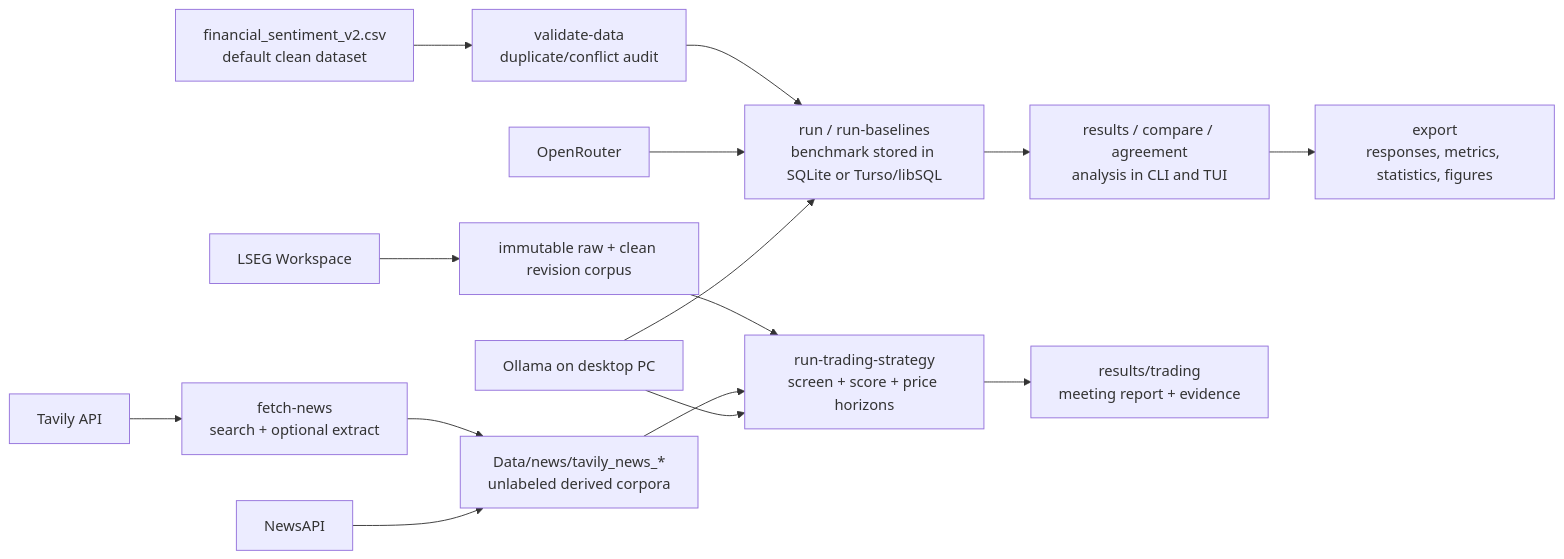
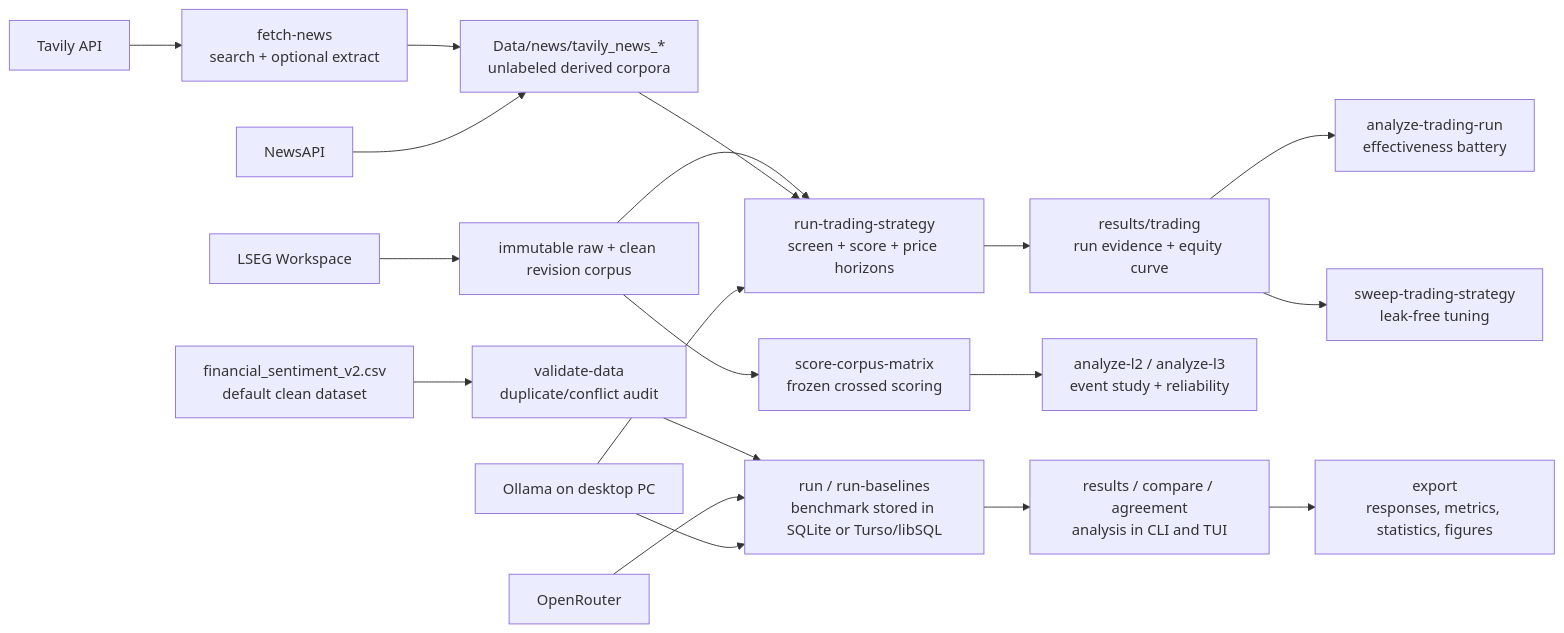
One commit to PeterLP123/Sentiment_Dissertation changed the diagram in README.md. Above: the diagram before and after it, drawn with Mermaid. The commit also changed other lines of this file and 12 other files, not shown here.

First line of the commit message:
docs: overhaul with trading guide, complete CLI index, and diagrams

````diff
--- a/README.md
+++ b/README.md
@@ -184,17 +191,21 @@
 ```mermaid
 flowchart LR
     A["financial_sentiment_v2.csv<br/>default clean dataset"] --> B["validate-data<br/>duplicate/conflict audit"]
     B --> C["run / run-baselines<br/>benchmark stored in SQLite or Turso/libSQL"]
     C --> D["results / compare / agreement<br/>analysis in CLI and TUI"]
     D --> E["export<br/>responses, metrics, statistics, figures"]
     F["Tavily API"] --> G["fetch-news<br/>search + optional extract"]
     G --> H["Data/news/tavily_news_*<br/>unlabeled derived corpora"]
     K["NewsAPI"] --> H
     N["LSEG Workspace"] --> O["immutable raw + clean revision corpus"]
     O --> L
+    O --> X["score-corpus-matrix<br/>frozen crossed scoring"]
+    X --> Y["analyze-l2 / analyze-l3<br/>event study + reliability"]
     H --> L["run-trading-strategy<br/>screen + score + price horizons"]
-    L --> M["results/trading<br/>meeting report + evidence"]
+    L --> M["results/trading<br/>run evidence + equity curve"]
+    M --> Q["analyze-trading-run<br/>effectiveness battery"]
+    M --> S["sweep-trading-strategy<br/>leak-free tuning"]
     I["OpenRouter"] --> C
     J["Ollama on desktop PC"] --> C
     J --> L
 ```
````
